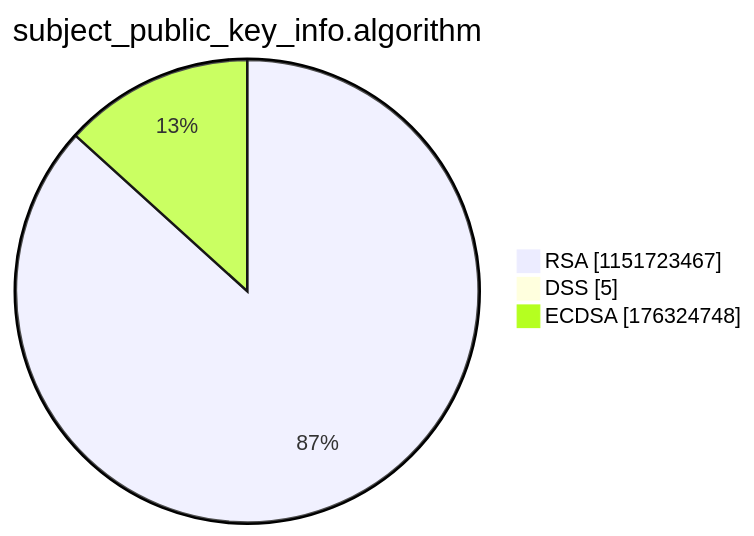
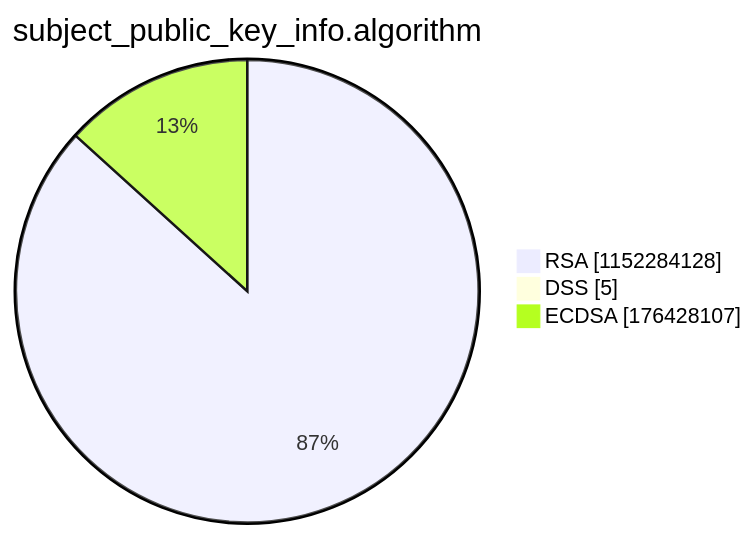
One commit to christiankrug/ctmonitor_visualization changed the third of 15 diagrams in argon2022/README.md. Above: the diagram before and after it, drawn with Mermaid. The commit also changed other lines of this file, not shown here.

````diff
--- a/argon2022/README.md
+++ b/argon2022/README.md
@@ -14,7 +14,7 @@
 ```mermaid
 pie showData
 title subject_public_key_info.algorithm
-"RSA" :1151723467
+"RSA" :1152284128
 "DSS" :5
-"ECDSA" :176324748
+"ECDSA" :176428107
 ```
````
